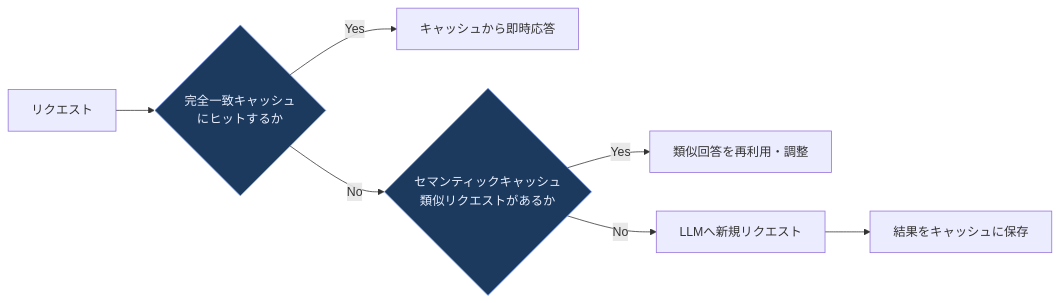
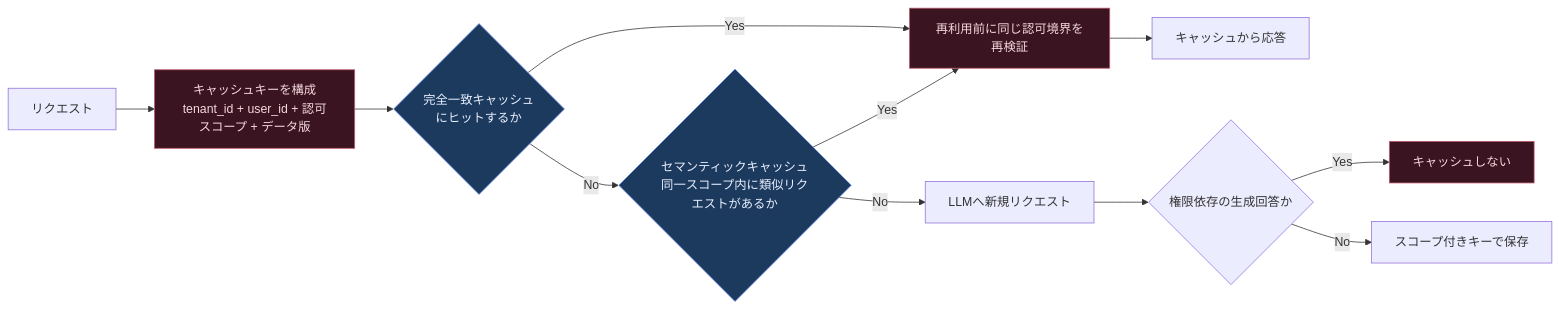
Diagram 17 of 28 in Architecting-generative-ai-applications-guide.md (myoshi2891/Software-Design-and-Architecture), drawn with Mermaid before and after one commit. The commit also changed other lines of this file and 3 other files, not shown here.

````diff
--- a/Architecting-generative-ai-applications-guide.md
+++ b/Architecting-generative-ai-applications-guide.md
@@ -626,12 +757,18 @@
 ```mermaid
 flowchart LR
-    A[リクエスト] --> B{完全一致キャッシュ<br/>にヒットするか}
-    B -->|Yes| C[キャッシュから即時応答]
-    B -->|No| D{セマンティックキャッシュ<br/>類似リクエストがあるか}
-    D -->|Yes| E[類似回答を再利用・調整]
+    A[リクエスト] --> K[キャッシュキーを構成<br/>tenant_id + user_id + 認可スコープ + データ版]
+    K --> B{完全一致キャッシュ<br/>にヒットするか}
+    B -->|Yes| V[再利用前に同じ認可境界を再検証]
+    B -->|No| D{セマンティックキャッシュ<br/>同一スコープ内に類似リクエストがあるか}
+    D -->|Yes| V
     D -->|No| F[LLMへ新規リクエスト]
-    F --> G[結果をキャッシュに保存]
+    V --> C[キャッシュから応答]
+    F --> S{権限依存の生成回答か}
+    S -->|Yes| N[キャッシュしない]
+    S -->|No| G[スコープ付きキーで保存]
 
     classDef highlightFill fill:#1c3a5e,stroke:#7c9eff,color:#eaf0ff
+    classDef guardFill fill:#3a1420,stroke:#c05a6e,color:#f5d8de
     class B,D highlightFill
+    class K,V,N guardFill
 ```
````
